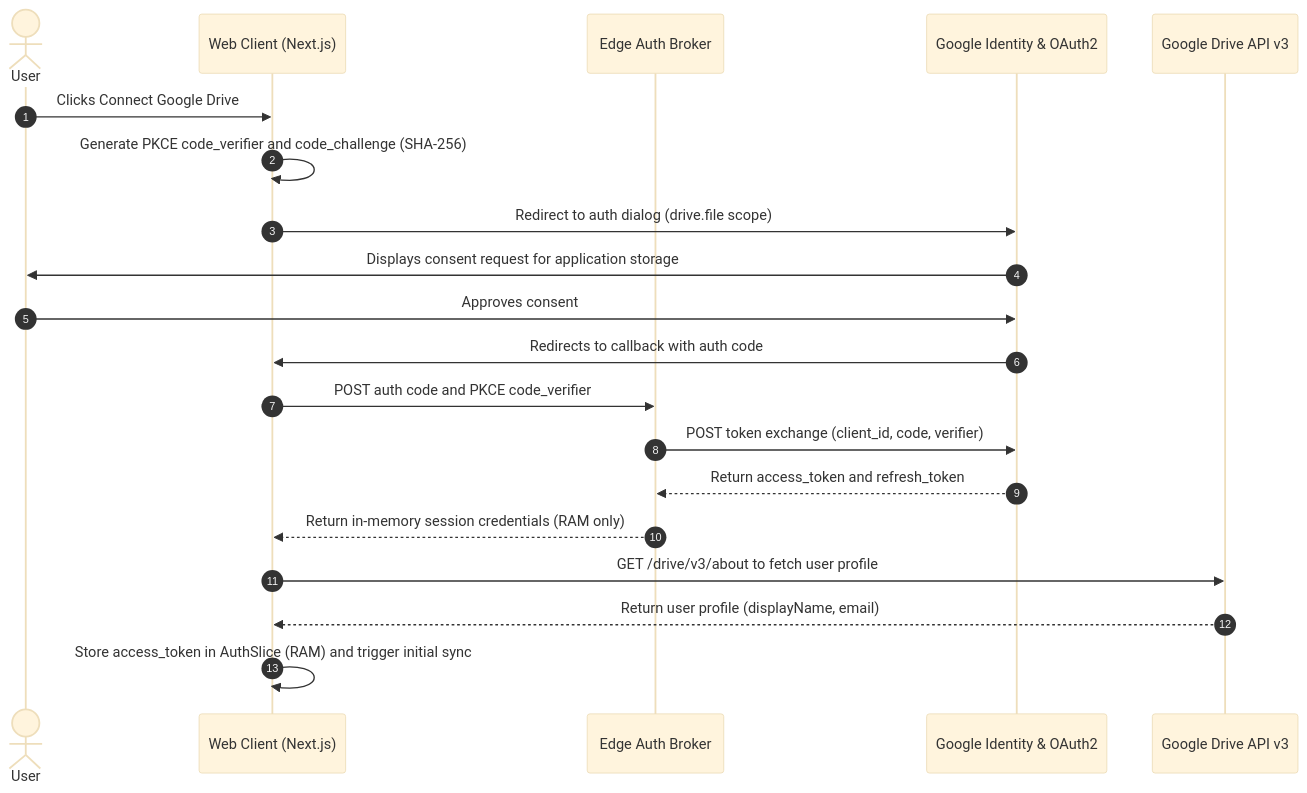
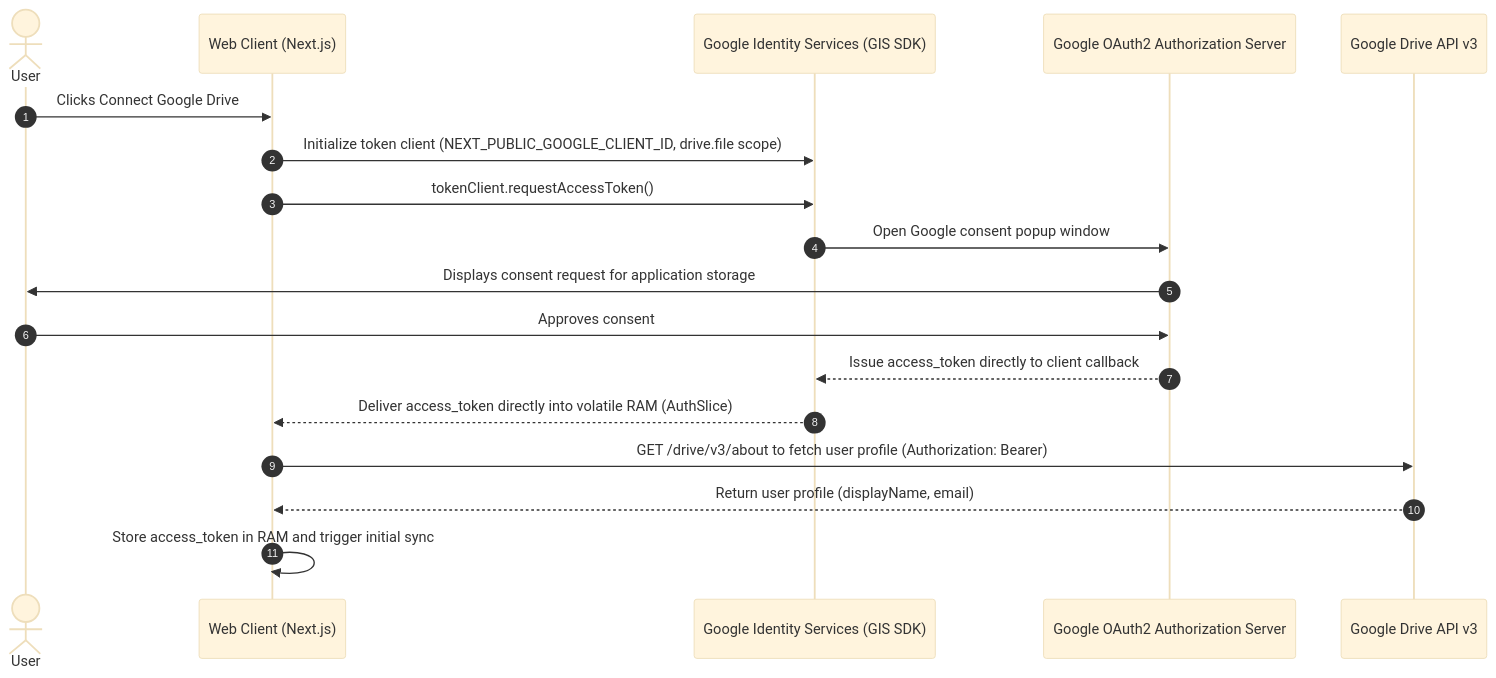
The second of 4 diagrams in documentation/design/detailed/01_state_management_and_gdrive_ssot.md (Strider221B/ml-sys-design), drawn with Mermaid (base theme) before and after one commit. The commit also changed other lines of this file and 6 other files, not shown here.

First line of the commit message:
Client-Side Google Identity Services (GIS) Token Model (synapse-sync Alignment) (#2)

````diff
--- a/documentation/design/detailed/01_state_management_and_gdrive_ssot.md
+++ b/documentation/design/detailed/01_state_management_and_gdrive_ssot.md
@@ -124,23 +129,21 @@
 ```mermaid
 sequenceDiagram
     autonumber
     actor User
     participant App as Web Client (Next.js)
-    participant Edge as Edge Auth Broker
-    participant GoogleAuth as Google Identity & OAuth2
+    participant GIS as Google Identity Services (GIS SDK)
+    participant GoogleAuth as Google OAuth2 Authorization Server
     participant GDrive as Google Drive API v3
 
     User->>App: Clicks Connect Google Drive
-    App->>App: Generate PKCE code_verifier and code_challenge (SHA-256)
-    App->>GoogleAuth: Redirect to auth dialog (drive.file scope)
+    App->>GIS: Initialize token client (NEXT_PUBLIC_GOOGLE_CLIENT_ID, drive.file scope)
+    App->>GIS: tokenClient.requestAccessToken()
+    GIS->>GoogleAuth: Open Google consent popup window
     GoogleAuth->>User: Displays consent request for application storage
     User->>GoogleAuth: Approves consent
-    GoogleAuth->>App: Redirects to callback with auth code
-    App->>Edge: POST auth code and PKCE code_verifier
-    Edge->>GoogleAuth: POST token exchange (client_id, code, verifier)
-    GoogleAuth-->>Edge: Return access_token and refresh_token
-    Edge-->>App: Return in-memory session credentials (RAM only)
-    App->>GDrive: GET /drive/v3/about to fetch user profile
+    GoogleAuth-->>GIS: Issue access_token directly to client callback
+    GIS-->>App: Deliver access_token directly into volatile RAM (AuthSlice)
+    App->>GDrive: GET /drive/v3/about to fetch user profile (Authorization: Bearer)
     GDrive-->>App: Return user profile (displayName, email)
-    App->>App: Store access_token in AuthSlice (RAM) and trigger initial sync
+    App->>App: Store access_token in RAM and trigger initial sync
 ```
````
